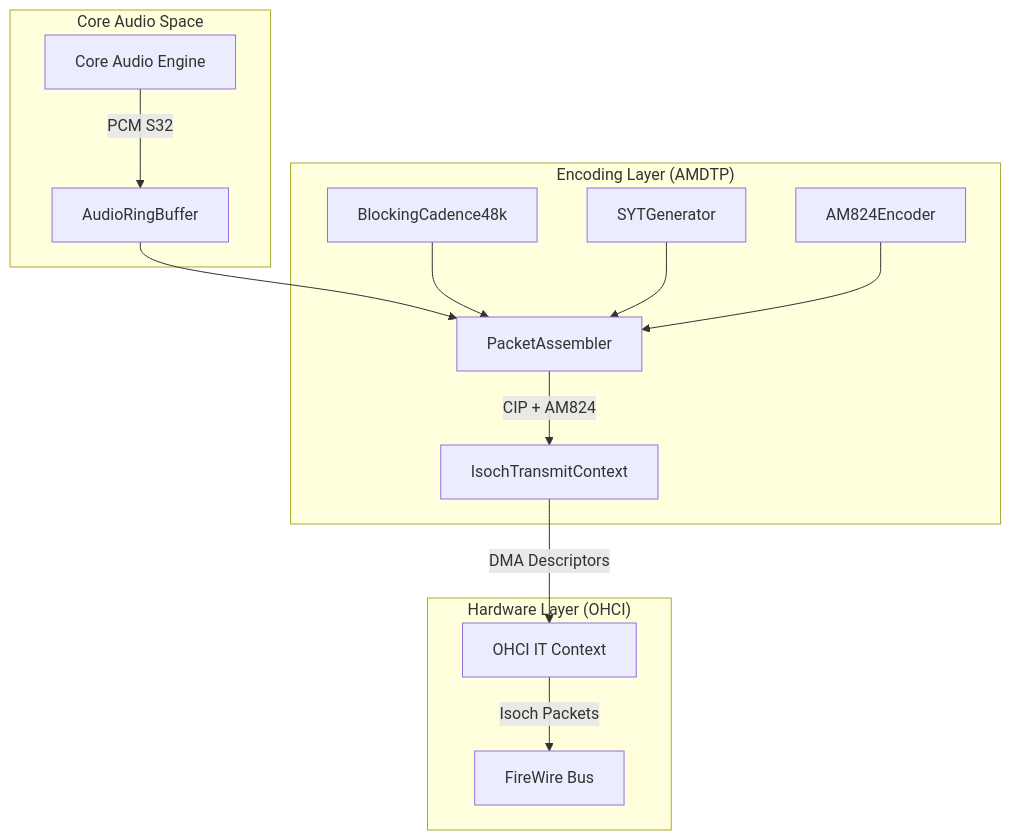
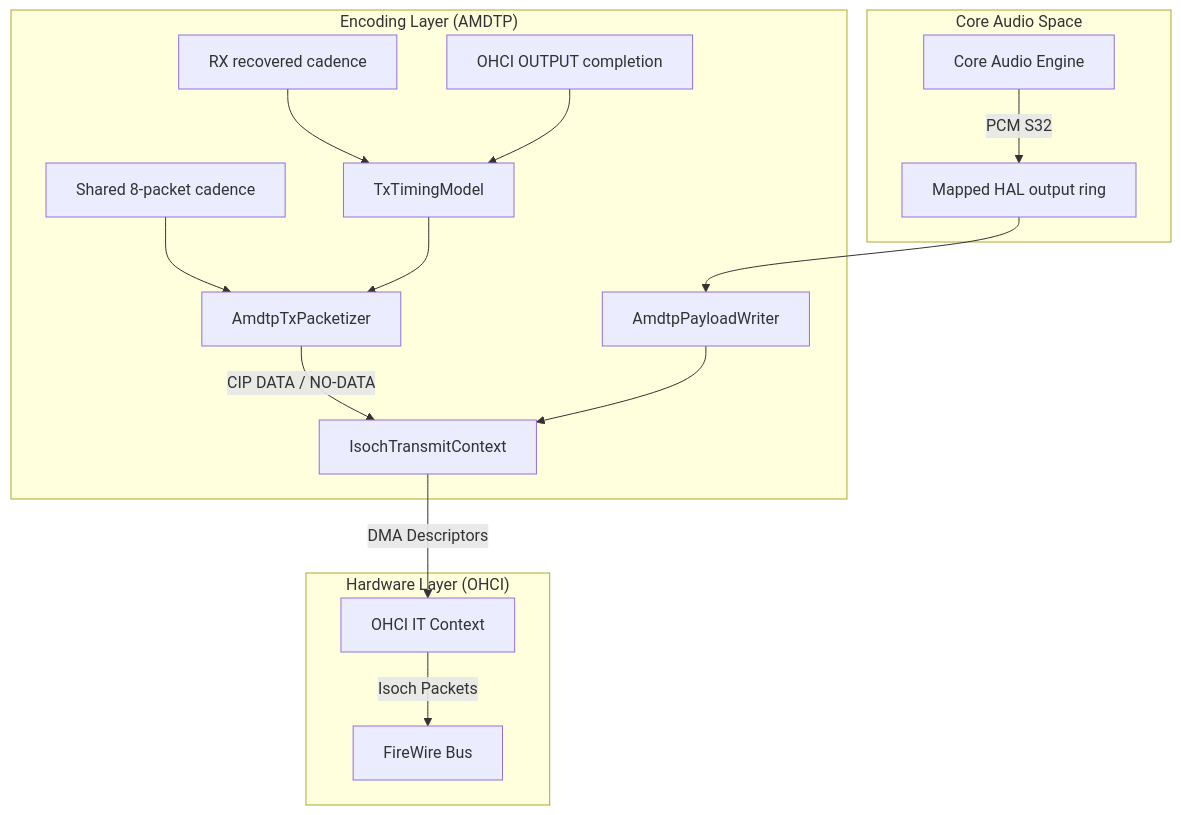
The first of 4 diagrams in ASFWDriver/Isoch/README.md (mrmidi/ASFireWire), drawn with Mermaid before and after one commit. The commit also changed other lines of this file and 40 other files, not shown here.

Commit message:
feat(audio): implement unified zero-timestamp publish cadence and direct HAL mapping

````diff
--- a/ASFWDriver/Isoch/README.md
+++ b/ASFWDriver/Isoch/README.md
@@ -27,19 +27,21 @@
 ```mermaid
 graph TD
     subgraph "Core Audio Space"
-        CA["Core Audio Engine"] --> |"PCM S32"| ARB["AudioRingBuffer"]
+        CA["Core Audio Engine"] --> |"PCM S32"| HAL["Mapped HAL output ring"]
     end
 
     subgraph "Encoding Layer (AMDTP)"
-        ARB --> PA["PacketAssembler"]
-        BC["BlockingCadence48k"] --> PA
-        SYT["SYTGenerator"] --> PA
-        ENC["AM824Encoder"] --> PA
-        PA --> |"CIP + AM824"| TXC["IsochTransmitContext"]
+        HAL --> PW["AmdtpPayloadWriter"]
+        BC["Shared 8-packet cadence"] --> PZ["AmdtpTxPacketizer"]
+        RX["RX recovered cadence"] --> TM["TxTimingModel"]
+        FB["OHCI OUTPUT completion"] --> TM
+        TM --> PZ
+        PZ --> |"CIP DATA / NO-DATA"| TXC["IsochTransmitContext"]
+        PW --> TXC
     end
 
     subgraph "Hardware Layer (OHCI)"
         TXC --> |"DMA Descriptors"| OHCI["OHCI IT Context"]
         OHCI --> |"Isoch Packets"| FW["FireWire Bus"]
     end
 ```
````
